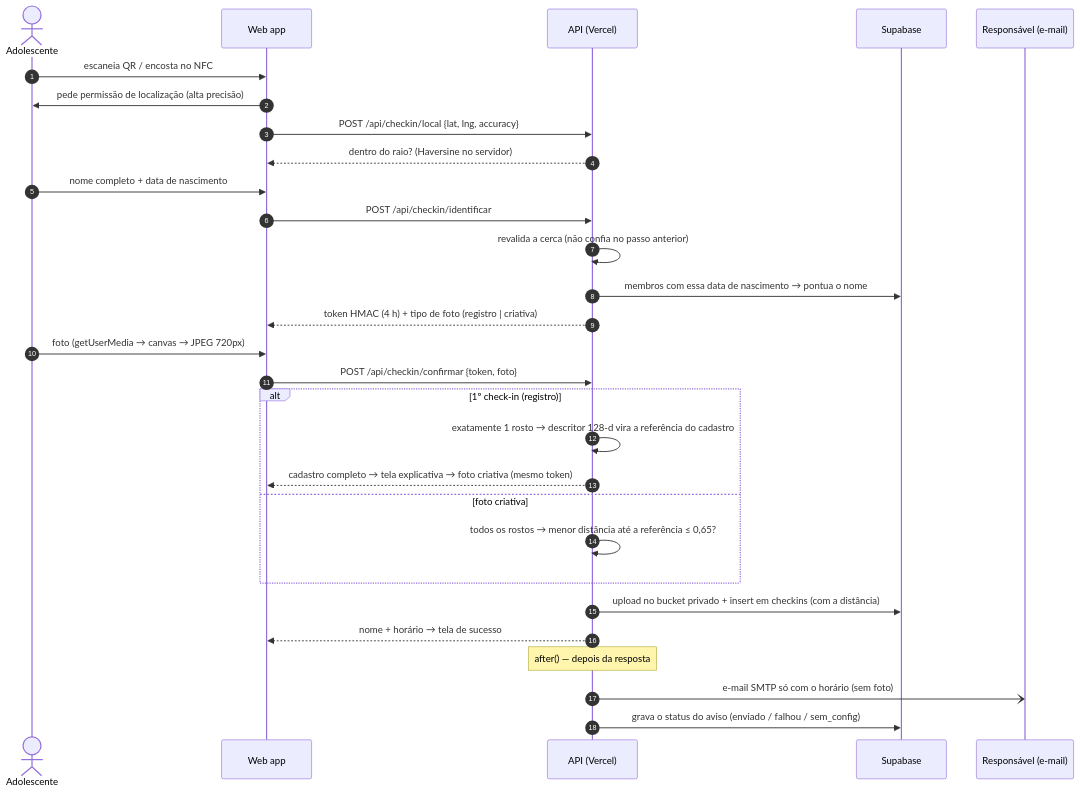
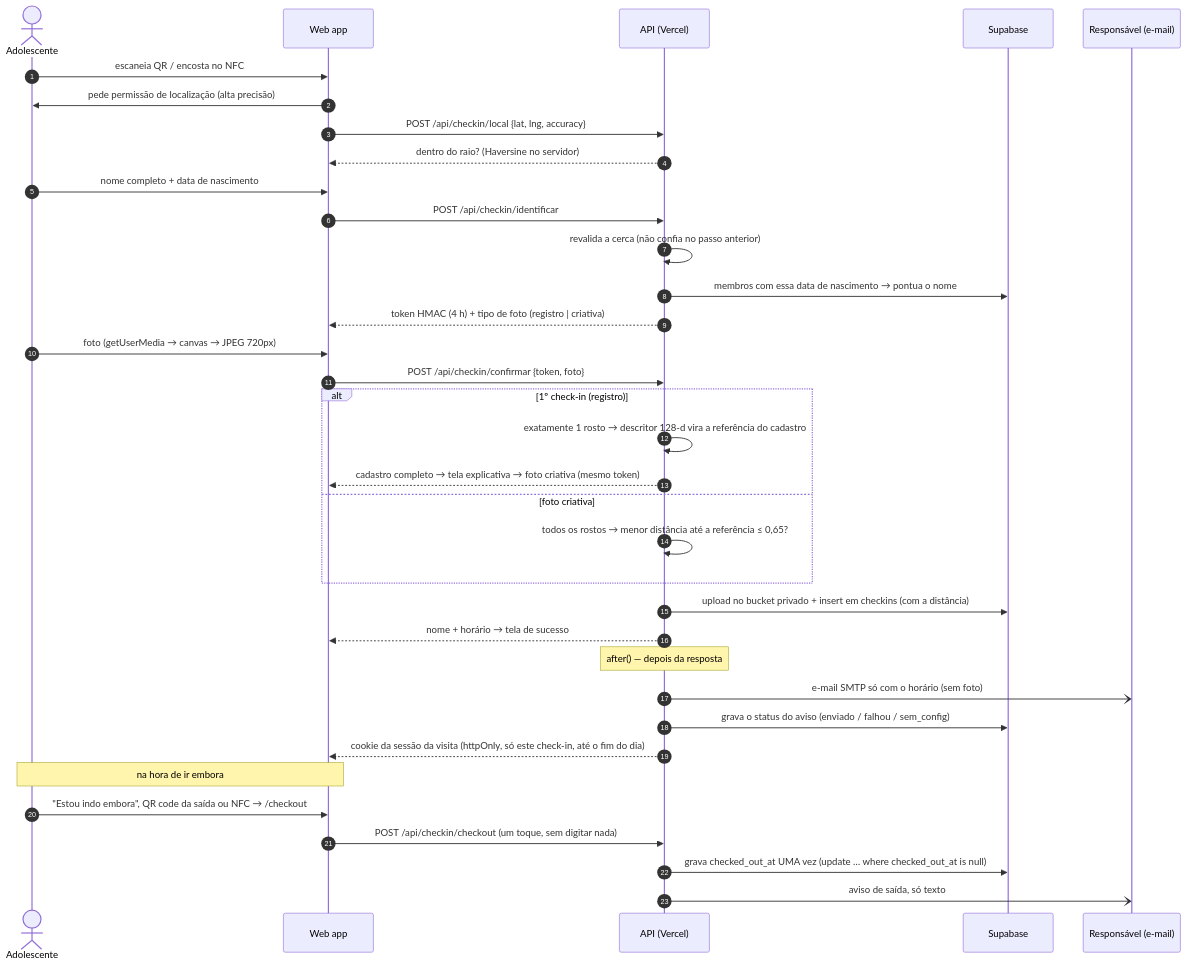
One commit to pedroeduardo36/flag-checkin changed the second of 2 diagrams in README.md. Above: the diagram before and after it, drawn with Mermaid. The commit also changed other lines of this file and 32 other files, not shown here.

First line of the commit message:
P2: checkout pelo navegador (sessão da visita, um toque)

````diff
--- a/README.md
+++ b/README.md
@@ -136,32 +139,38 @@
 ```mermaid
 sequenceDiagram
   autonumber
   actor A as Adolescente
   participant W as Web app
   participant S as API (Vercel)
   participant D as Supabase
   participant R as Responsável (e-mail)
 
   A->>W: escaneia QR / encosta no NFC
   W->>A: pede permissão de localização (alta precisão)
   W->>S: POST /api/checkin/local {lat, lng, accuracy}
   S-->>W: dentro do raio? (Haversine no servidor)
   A->>W: nome completo + data de nascimento
   W->>S: POST /api/checkin/identificar
   S->>S: revalida a cerca (não confia no passo anterior)
   S->>D: membros com essa data de nascimento → pontua o nome
   S-->>W: token HMAC (4 h) + tipo de foto (registro | criativa)
   A->>W: foto (getUserMedia → canvas → JPEG 720px)
   W->>S: POST /api/checkin/confirmar {token, foto}
   alt 1º check-in (registro)
     S->>S: exatamente 1 rosto → descritor 128-d vira a referência do cadastro
     S-->>W: cadastro completo → tela explicativa → foto criativa (mesmo token)
   else foto criativa
     S->>S: todos os rostos → menor distância até a referência ≤ 0,65?
   end
   S->>D: upload no bucket privado + insert em checkins (com a distância)
   S-->>W: nome + horário → tela de sucesso
   Note over S: after() — depois da resposta
   S-)R: e-mail SMTP só com o horário (sem foto)
   S->>D: grava o status do aviso (enviado / falhou / sem_config)
+  S-->>W: cookie da sessão da visita (httpOnly, só este check-in, até o fim do dia)
+  Note over A,W: na hora de ir embora
+  A->>W: "Estou indo embora", QR code da saída ou NFC → /checkout
+  W->>S: POST /api/checkin/checkout (um toque, sem digitar nada)
+  S->>D: grava checked_out_at UMA vez (update … where checked_out_at is null)
+  S-)R: aviso de saída, só texto
 ```
````
